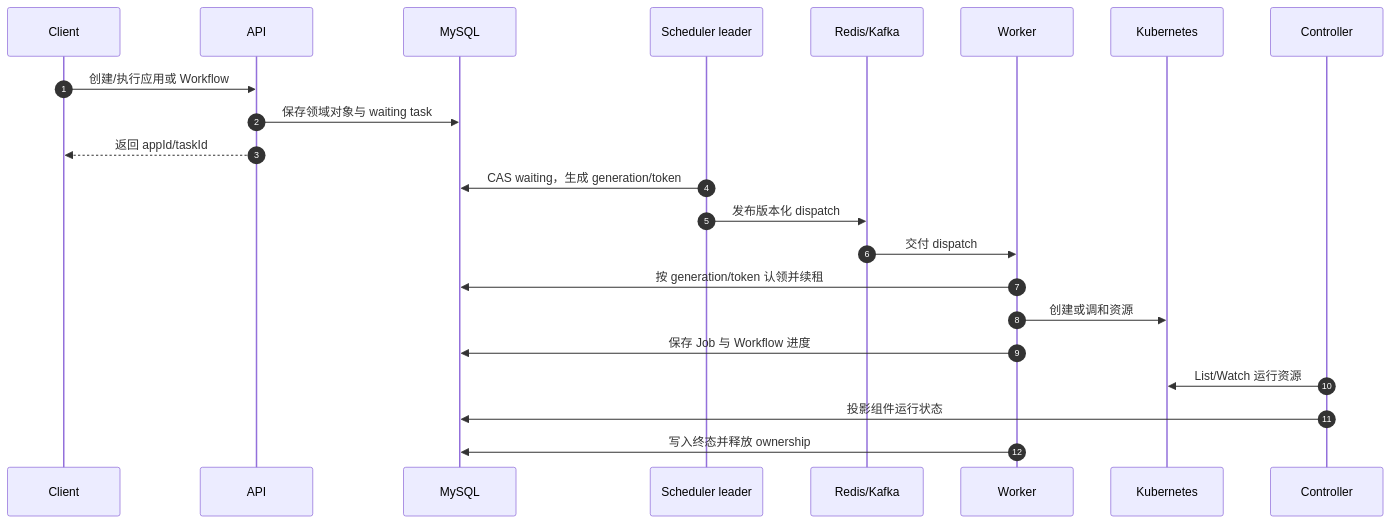
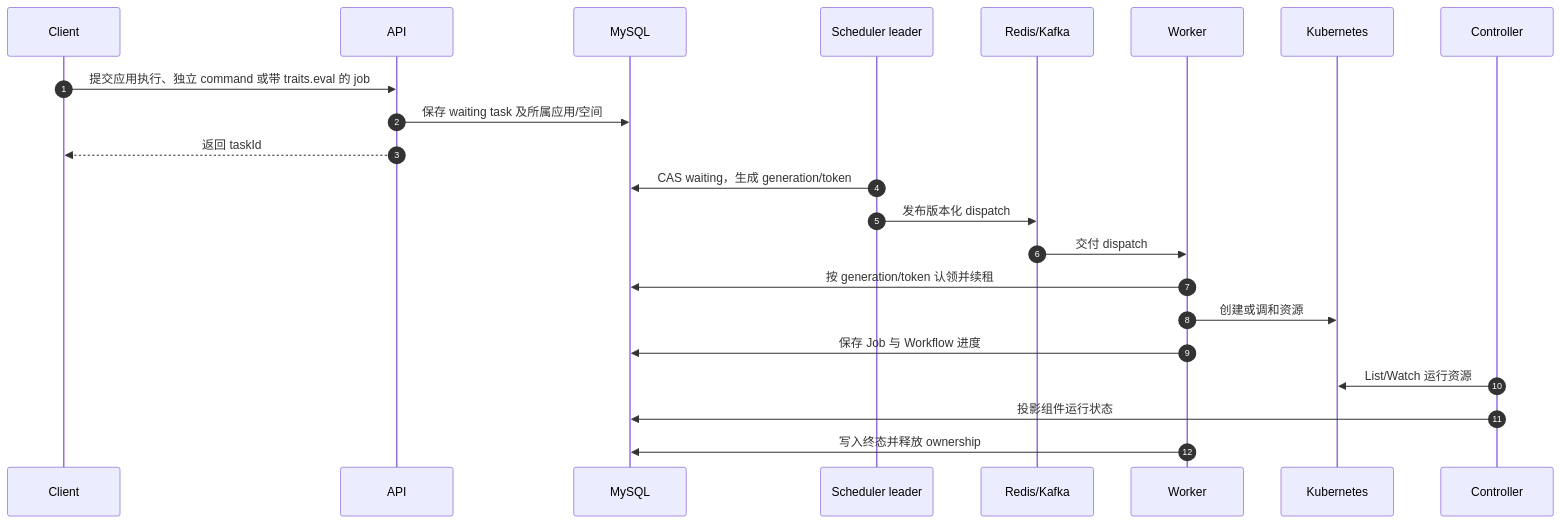
Before and after one commit to PixelCores/Eruun: the second of 5 diagrams in docs/architecture-diagrams.md, drawn with Mermaid. The commit also changed other lines of this file and 6 other files, not shown here.

````diff
--- a/docs/architecture-diagrams.md
+++ b/docs/architecture-diagrams.md
@@ -47,25 +50,25 @@
 ```mermaid
 sequenceDiagram
     autonumber
     participant C as Client
     participant A as API
     participant D as MySQL
     participant S as Scheduler leader
     participant Q as Redis/Kafka
     participant W as Worker
     participant K as Kubernetes
     participant O as Controller
 
-    C->>A: 创建/执行应用或 Workflow
-    A->>D: 保存领域对象与 waiting task
-    A-->>C: 返回 appId/taskId
+    C->>A: 提交应用执行、独立 command 或带 traits.eval 的 job
+    A->>D: 保存 waiting task 及所属应用/空间
+    A-->>C: 返回 taskId
     S->>D: CAS waiting，生成 generation/token
     S->>Q: 发布版本化 dispatch
     Q->>W: 交付 dispatch
     W->>D: 按 generation/token 认领并续租
     W->>K: 创建或调和资源
     W->>D: 保存 Job 与 Workflow 进度
     O->>K: List/Watch 运行资源
     O->>D: 投影组件运行状态
     W->>D: 写入终态并释放 ownership
 ```
````
